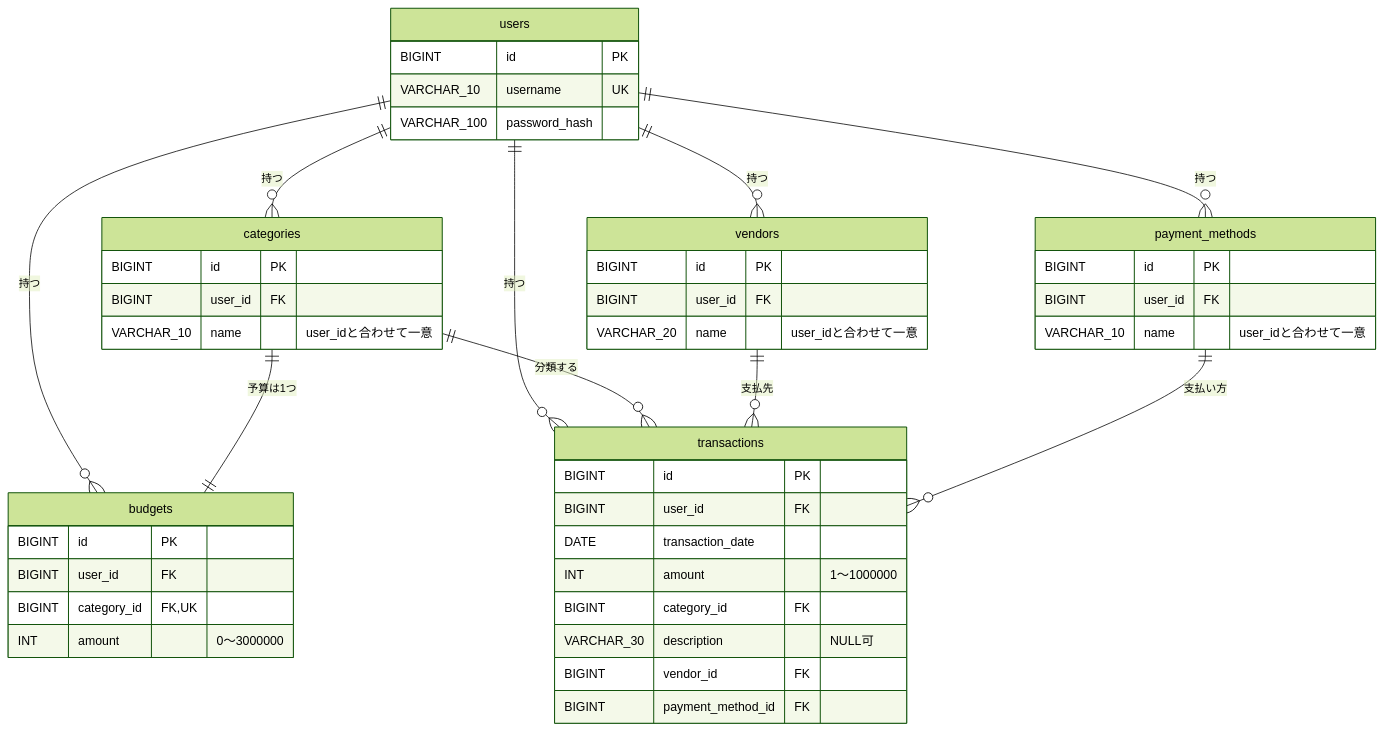
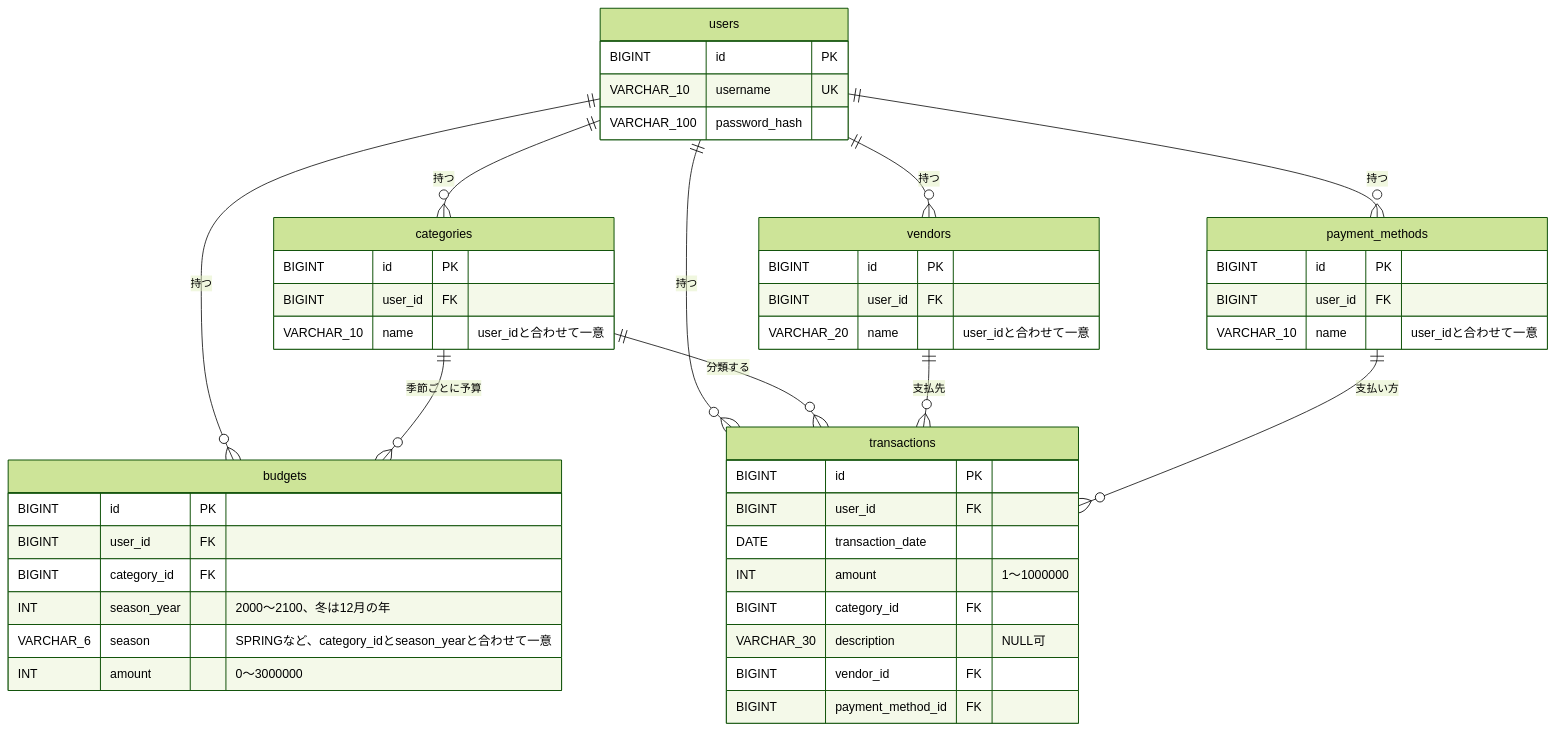
The third of 13 diagrams in docs/reviews/design.md (yutaro081/HouseholdBudget-SpringBoot), drawn with Mermaid (forest theme) before and after one commit. The commit also changed other lines of this file and 3 other files, not shown here.

````diff
--- a/docs/reviews/design.md
+++ b/docs/reviews/design.md
@@ -525,49 +544,51 @@
 ```mermaid
 erDiagram
     users ||--o{ categories : "持つ"
     users ||--o{ vendors : "持つ"
     users ||--o{ payment_methods : "持つ"
     users ||--o{ budgets : "持つ"
     users ||--o{ transactions : "持つ"
-    categories ||--|| budgets : "予算は1つ"
+    categories ||--o{ budgets : "季節ごとに予算"
     categories ||--o{ transactions : "分類する"
     vendors ||--o{ transactions : "支払先"
     payment_methods ||--o{ transactions : "支払い方"
 
     users {
         BIGINT id PK
         VARCHAR_10 username UK
         VARCHAR_100 password_hash
     }
     categories {
         BIGINT id PK
         BIGINT user_id FK
         VARCHAR_10 name "user_idと合わせて一意"
     }
     vendors {
         BIGINT id PK
         BIGINT user_id FK
         VARCHAR_20 name "user_idと合わせて一意"
     }
     payment_methods {
         BIGINT id PK
         BIGINT user_id FK
         VARCHAR_10 name "user_idと合わせて一意"
     }
     budgets {
         BIGINT id PK
         BIGINT user_id FK
-        BIGINT category_id FK,UK
+        BIGINT category_id FK
+        INT season_year "2000〜2100、冬は12月の年"
+        VARCHAR_6 season "SPRINGなど、category_idとseason_yearと合わせて一意"
         INT amount "0〜3000000"
     }
     transactions {
         BIGINT id PK
         BIGINT user_id FK
         DATE transaction_date
         INT amount "1〜1000000"
         BIGINT category_id FK
         VARCHAR_30 description "NULL可"
         BIGINT vendor_id FK
         BIGINT payment_method_id FK
     }
 ```
````
